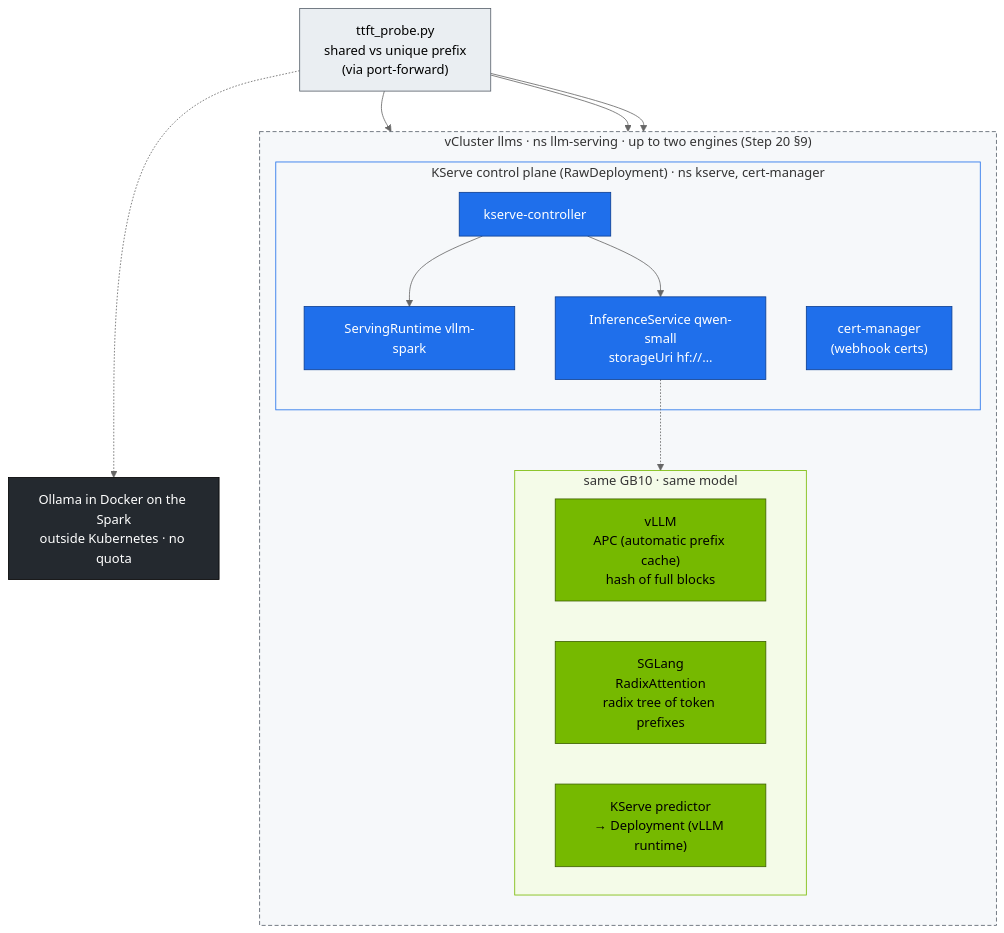
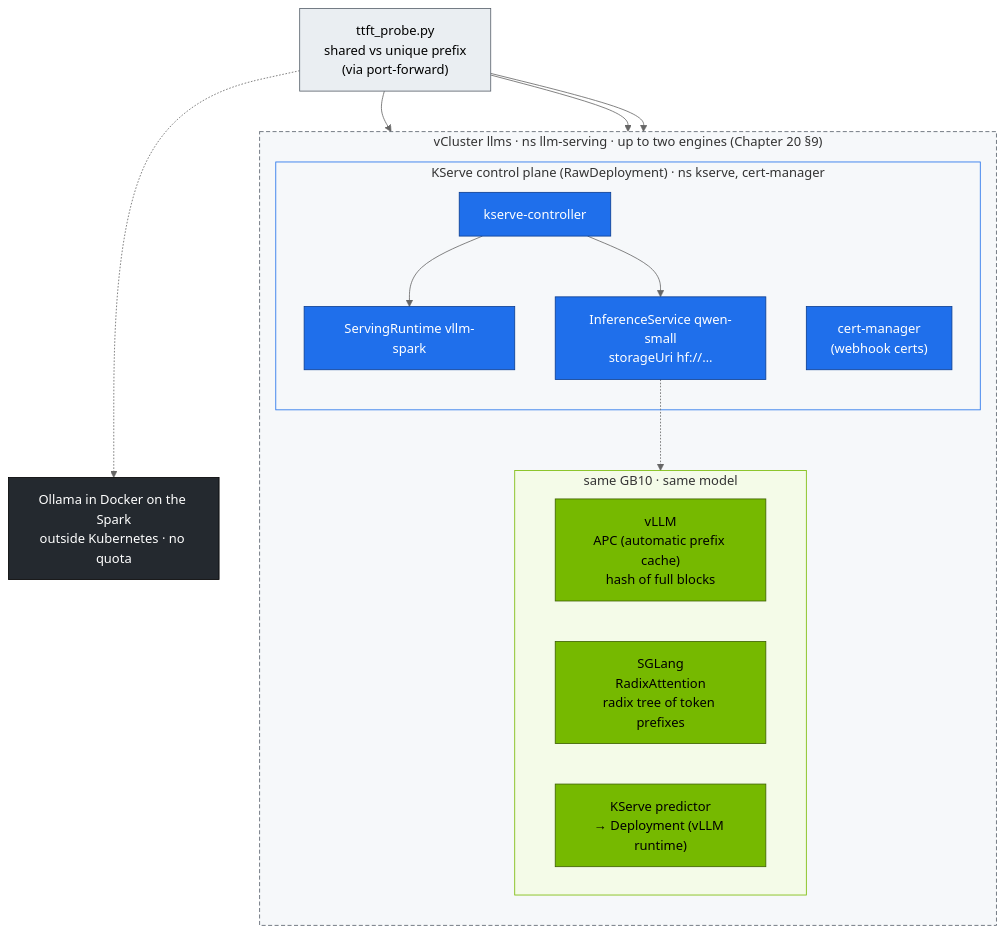
The diagram in 02-Kubernetes/22-llm-inference-alternatives-and-kserve.md (cloudone365/technical-depth), drawn with Mermaid (neutral theme) before and after one commit. The commit also changed other lines of this file and 242 other files, not shown here.

````diff
--- a/02-Kubernetes/22-llm-inference-alternatives-and-kserve.md
+++ b/02-Kubernetes/22-llm-inference-alternatives-and-kserve.md
@@ -52,32 +52,32 @@
 ```mermaid
 flowchart TB
-  subgraph LLMS["vCluster llms · ns llm-serving · up to two engines (Step 20 §9)"]
+  subgraph LLMS["vCluster llms · ns llm-serving · up to two engines (Chapter 20 §9)"]
     direction TB
     subgraph SAME["same GB10 · same model"]
       direction LR
       V["vLLM<br/>APC (automatic prefix cache)<br/>hash of full blocks"]
       SG["SGLang<br/>RadixAttention<br/>radix tree of token prefixes"]
       KS["KServe predictor<br/>→ Deployment (vLLM runtime)"]
     end
     subgraph KSERVE["KServe control plane (RawDeployment) · ns kserve, cert-manager"]
       CTRL["kserve-controller"] --> SR["ServingRuntime vllm-spark"]
       CTRL --> ISVC["InferenceService qwen-small<br/>storageUri hf://…"]
       CM["cert-manager<br/>(webhook certs)"]
     end
     ISVC -.-> KS
   end
   PROBE["ttft_probe.py<br/>shared vs unique prefix<br/>(via port-forward)"] --> V & SG & KS
   HOST["Ollama in Docker on the Spark<br/>outside Kubernetes · no quota"]
   PROBE -.-> HOST
   classDef gpu fill:#76b900,stroke:#3d6000,color:#000
   classDef ctrl fill:#1f6feb,stroke:#0b3d91,color:#fff
   classDef tenant fill:#eaeef2,stroke:#57606a,color:#000
   classDef ext fill:#24292f,stroke:#000,color:#fff
   class V,SG,KS gpu
   class CTRL,SR,ISVC,CM ctrl
   class PROBE tenant
   class HOST ext
   style SAME fill:#f4fbe8,stroke:#76b900
   style KSERVE fill:#f6f8fa,stroke:#1f6feb
   style LLMS fill:#f6f8fa,stroke:#57606a,stroke-dasharray:5 3
 ```
````
